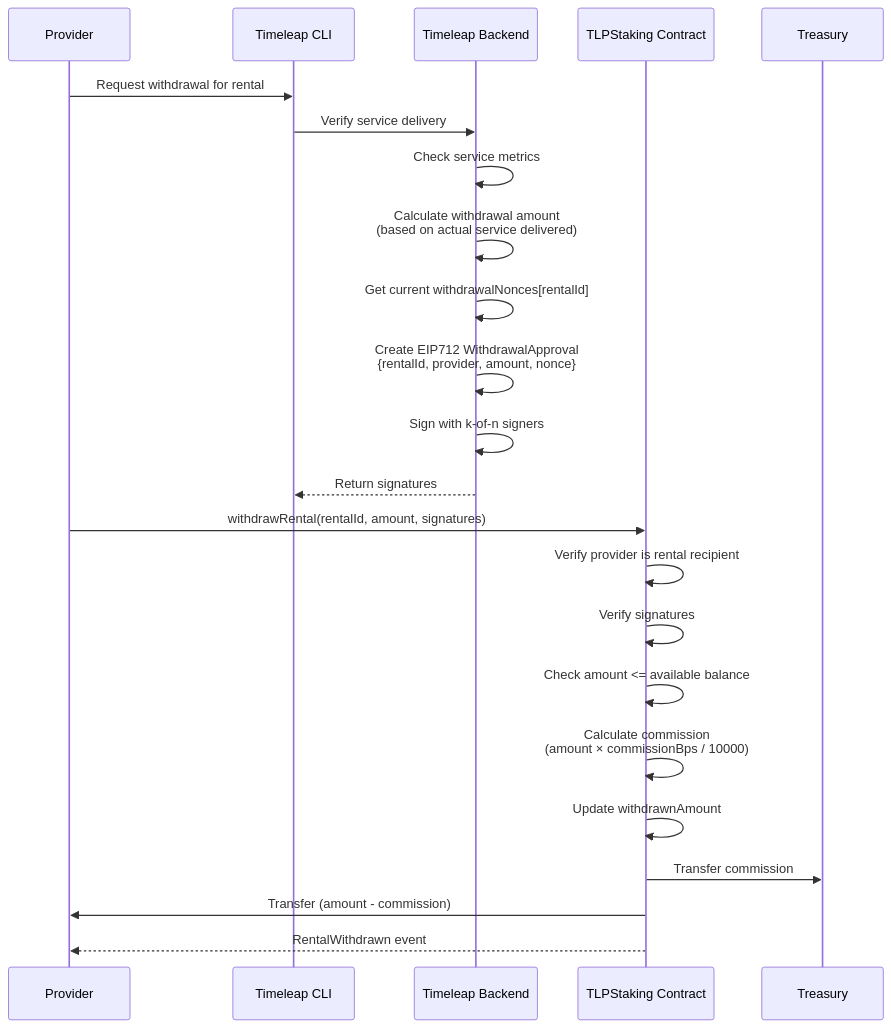
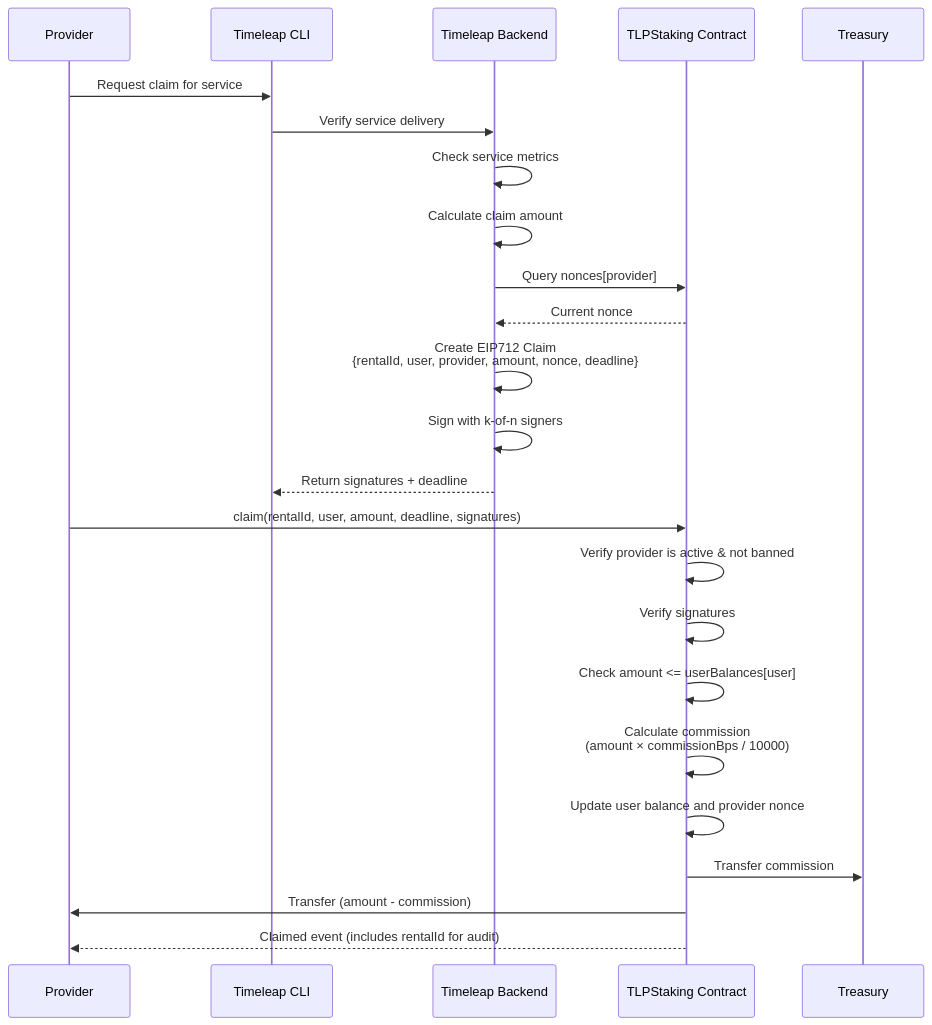
Before and after one commit to TimeleapLabs/tlp-contracts: the fourth of 10 diagrams in docs/flowcharts.md, drawn with Mermaid. The commit also changed other lines of this file and 10 other files, not shown here.

First line of the commit message:
Simplify TLPStaking to pool-based escrow architecture

````diff
--- a/docs/flowcharts.md
+++ b/docs/flowcharts.md
@@ -84,29 +96,31 @@
 ```mermaid
 sequenceDiagram
     participant Provider
     participant CLI as Timeleap CLI
     participant Backend as Timeleap Backend
     participant Contract as TLPStaking Contract
     participant Treasury
 
-    Provider->>CLI: Request withdrawal for rental
+    Provider->>CLI: Request claim for service
     CLI->>Backend: Verify service delivery
 
     Backend->>Backend: Check service metrics
-    Backend->>Backend: Calculate withdrawal amount<br/>(based on actual service delivered)
-    Backend->>Backend: Get current withdrawalNonces[rentalId]
-    Backend->>Backend: Create EIP712 WithdrawalApproval<br/>{rentalId, provider, amount, nonce}
+    Backend->>Backend: Calculate claim amount
+    Backend->>Contract: Query nonces[provider]
+    Contract-->>Backend: Current nonce
+
+    Backend->>Backend: Create EIP712 Claim<br/>{rentalId, user, provider, amount, nonce, deadline}
     Backend->>Backend: Sign with k-of-n signers
-    Backend-->>CLI: Return signatures
+    Backend-->>CLI: Return signatures + deadline
 
-    Provider->>Contract: withdrawRental(rentalId, amount, signatures)
+    Provider->>Contract: claim(rentalId, user, amount, deadline, signatures)
 
-    Contract->>Contract: Verify provider is rental recipient
+    Contract->>Contract: Verify provider is active & not banned
     Contract->>Contract: Verify signatures
-    Contract->>Contract: Check amount <= available balance
+    Contract->>Contract: Check amount <= userBalances[user]
     Contract->>Contract: Calculate commission<br/>(amount × commissionBps / 10000)
-    Contract->>Contract: Update withdrawnAmount
+    Contract->>Contract: Update user balance and provider nonce
     Contract->>Treasury: Transfer commission
     Contract->>Provider: Transfer (amount - commission)
-    Contract-->>Provider: RentalWithdrawn event
+    Contract-->>Provider: Claimed event (includes rentalId for audit)
 ```
````
